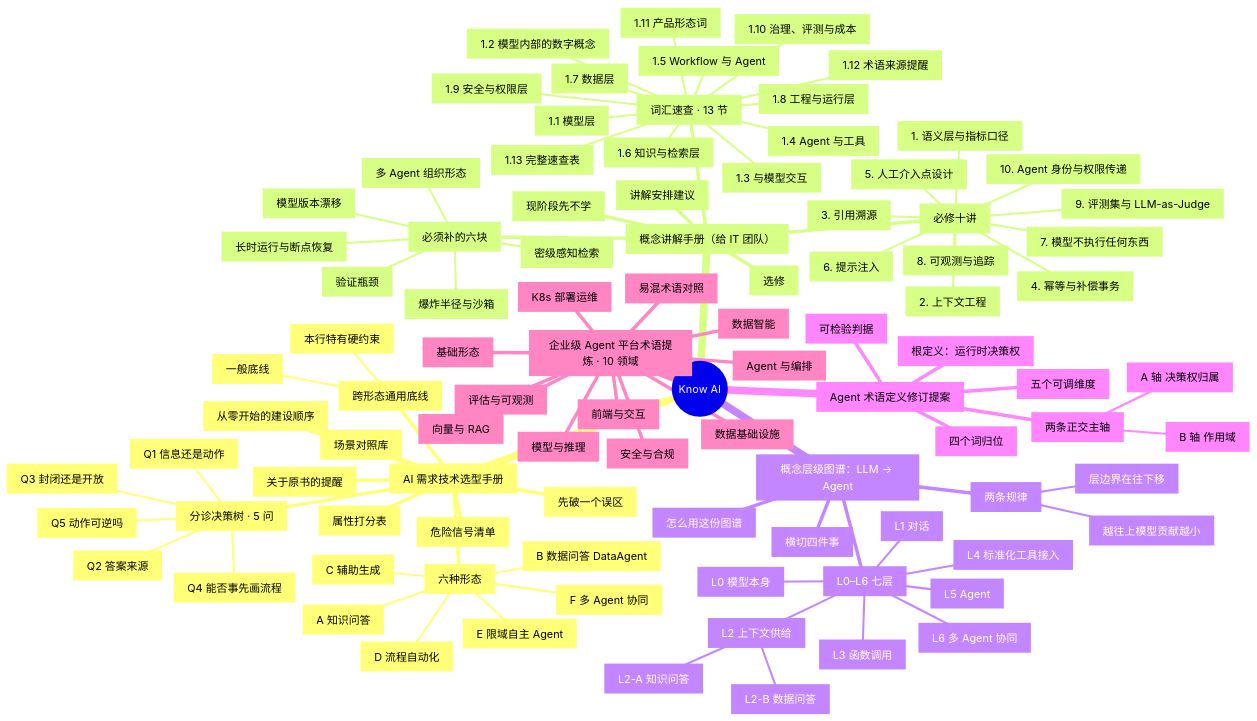
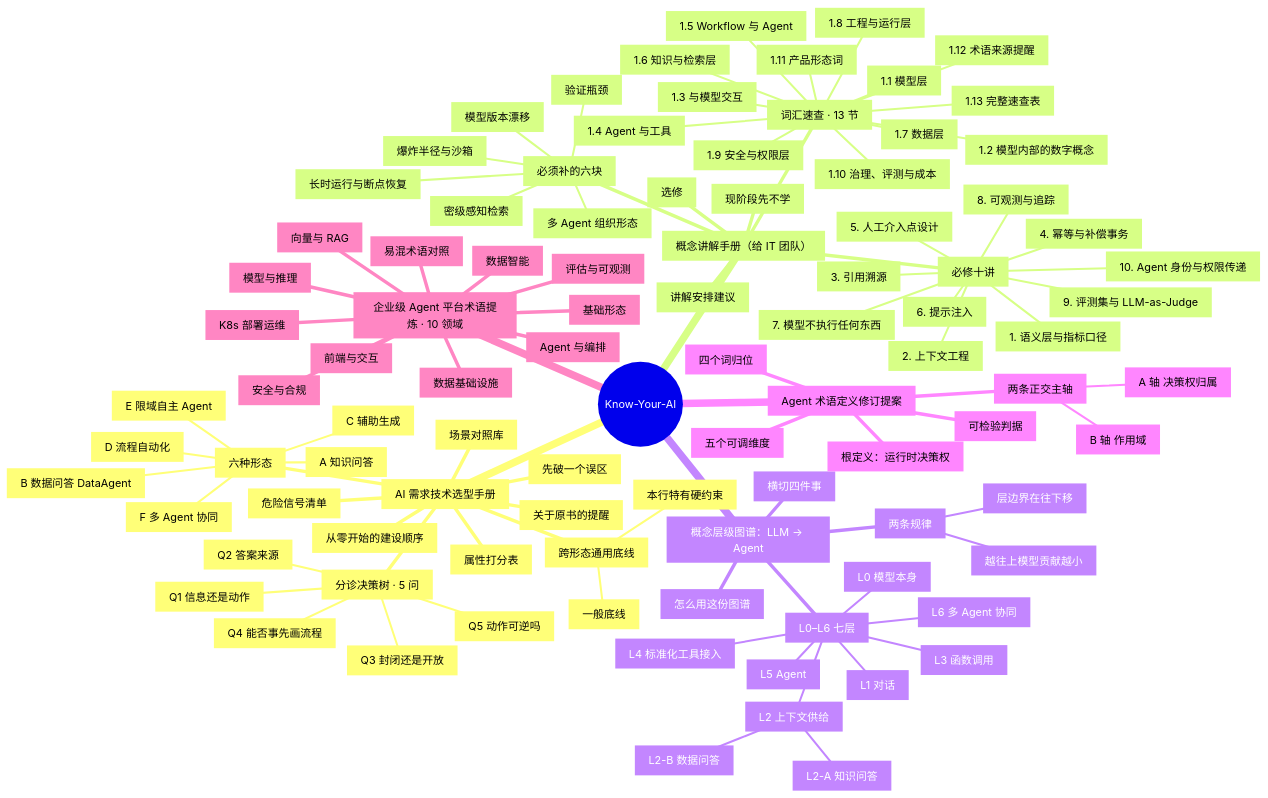
The diagram in web/public/docs/思维导图_全景.md (pz1130/Know-AI), drawn with Mermaid before and after one commit. The commit also changed other lines of this file and 11 other files, not shown here.

Commit message:
rename brand to Know-Your-AI (KYA)

````diff
--- a/web/public/docs/思维导图_全景.md
+++ b/web/public/docs/思维导图_全景.md
@@ -14,6 +14,6 @@
 ```mermaid
 mindmap
-  root(("Know AI"))
+  root(("Know-Your-AI"))
     n1["AI 需求技术选型手册"]
       n2["先破一个误区"]
       n3["分诊决策树 · 5 问"]
````
